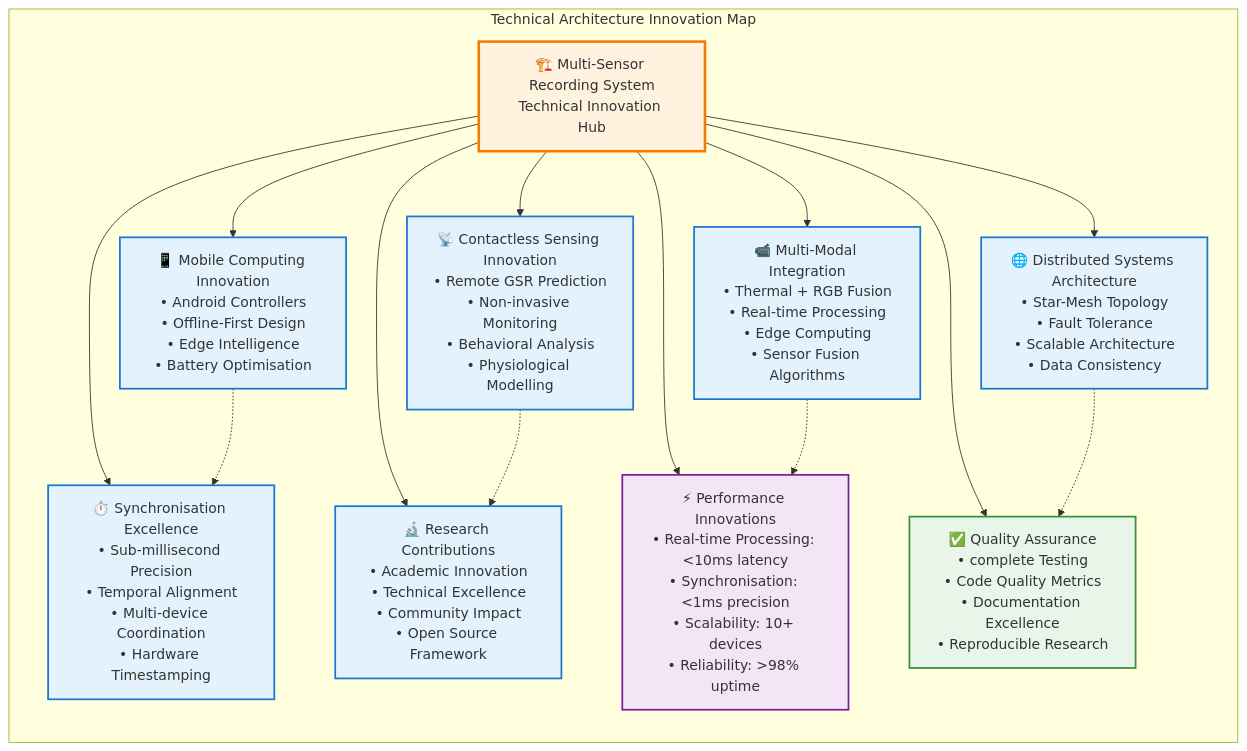
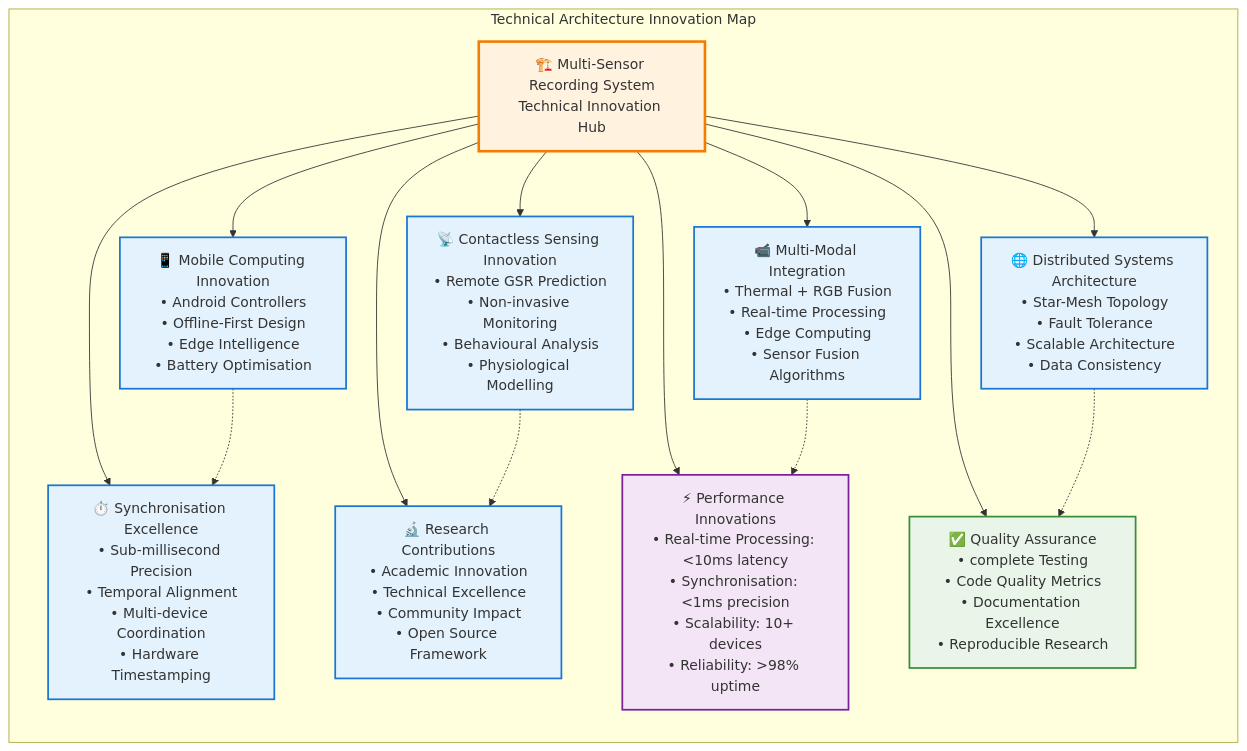
One commit to buccancs/fyp-multi-sensor-recording-system changed diagram 17 of 19 in docs/diagrams/missing_diagrams_generated.md. Above: the diagram before and after it, drawn with Mermaid. The commit also changed other lines of this file and 46 other files, not shown here.

````diff
--- a/docs/diagrams/missing_diagrams_generated.md
+++ b/docs/diagrams/missing_diagrams_generated.md
@@ -1147,48 +1147,48 @@
 ```mermaid
 graph TD
     subgraph INNOVATION_MAP ["Technical Architecture Innovation Map"]
         direction TB
         
         CENTRAL["🏗️ Multi-Sensor Recording System<br/>Technical Innovation Hub"]
         
         MULTIMODAL["📹 Multi-Modal Integration<br/>• Thermal + RGB Fusion<br/>• Real-time Processing<br/>• Edge Computing<br/>• Sensor Fusion Algorithms"]
         
-        CONTACTLESS["📡 Contactless Sensing Innovation<br/>• Remote GSR Prediction<br/>• Non-invasive Monitoring<br/>• Behavioral Analysis<br/>• Physiological Modelling"]
+        CONTACTLESS["📡 Contactless Sensing Innovation<br/>• Remote GSR Prediction<br/>• Non-invasive Monitoring<br/>• Behavioural Analysis<br/>• Physiological Modelling"]
         
         DISTRIBUTED["🌐 Distributed Systems Architecture<br/>• Star-Mesh Topology<br/>• Fault Tolerance<br/>• Scalable Architecture<br/>• Data Consistency"]
         
         MOBILE["📱 Mobile Computing Innovation<br/>• Android Controllers<br/>• Offline-First Design<br/>• Edge Intelligence<br/>• Battery Optimisation"]
         
         SYNCHRONISATION["⏱️ Synchronisation Excellence<br/>• Sub-millisecond Precision<br/>• Temporal Alignment<br/>• Multi-device Coordination<br/>• Hardware Timestamping"]
         
         RESEARCH["🔬 Research Contributions<br/>• Academic Innovation<br/>• Technical Excellence<br/>• Community Impact<br/>• Open Source Framework"]
         
         PERFORMANCE["⚡ Performance Innovations<br/>• Real-time Processing: <10ms latency<br/>• Synchronisation: <1ms precision<br/>• Scalability: 10+ devices<br/>• Reliability: >98% uptime"]
         
         QUALITY["✅ Quality Assurance<br/>• complete Testing<br/>• Code Quality Metrics<br/>• Documentation Excellence<br/>• Reproducible Research"]
     end
     
     CENTRAL --> MULTIMODAL
     CENTRAL --> CONTACTLESS
     CENTRAL --> DISTRIBUTED
     CENTRAL --> MOBILE
     CENTRAL --> SYNCHRONISATION
     CENTRAL --> RESEARCH
     CENTRAL --> PERFORMANCE
     CENTRAL --> QUALITY
     
     MULTIMODAL -.-> PERFORMANCE
     CONTACTLESS -.-> RESEARCH
     DISTRIBUTED -.-> QUALITY
     MOBILE -.-> SYNCHRONISATION
     
     classDef central fill:#fff3e0,stroke:#f57c00,stroke-width:3px
     classDef innovation fill:#e3f2fd,stroke:#1976d2,stroke-width:2px
     classDef quality fill:#e8f5e8,stroke:#388e3c,stroke-width:2px
     classDef performance fill:#f3e5f5,stroke:#7b1fa2,stroke-width:2px
     
     class CENTRAL central
     class MULTIMODAL,CONTACTLESS,DISTRIBUTED,MOBILE,SYNCHRONISATION,RESEARCH innovation
     class QUALITY quality
     class PERFORMANCE performance
 ```
````
